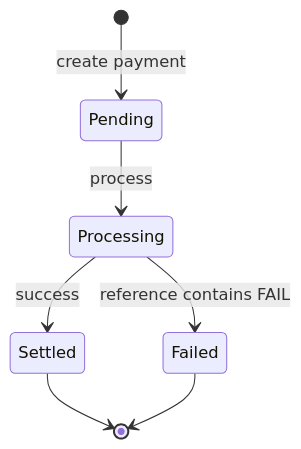
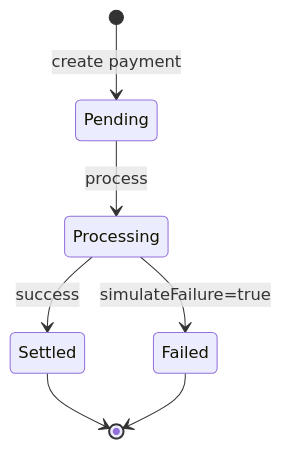
The second of 2 diagrams in README.md (Dedmoo/iban-payment-hub), drawn with Mermaid before and after one commit. The commit also changed other lines of this file and 3 other files, not shown here.

Commit message:
fix: replace FAIL reference hack with simulateFailure flag

````diff
--- a/README.md
+++ b/README.md
@@ -22,9 +22,9 @@
 ```mermaid
 stateDiagram-v2
     [*] --> Pending: create payment
     Pending --> Processing: process
     Processing --> Settled: success
-    Processing --> Failed: reference contains FAIL
+    Processing --> Failed: simulateFailure=true
     Settled --> [*]
     Failed --> [*]
 ```
````
